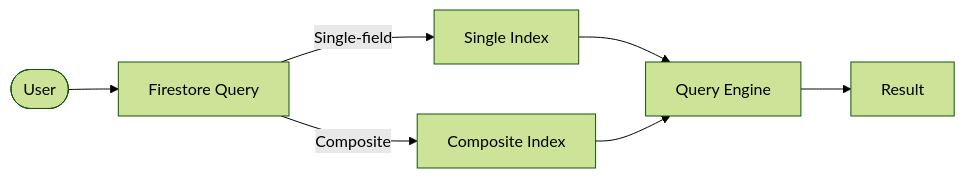
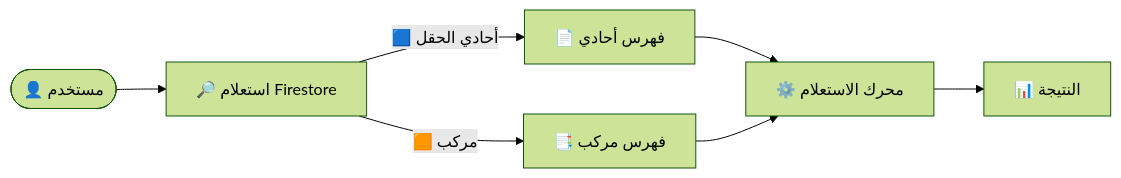
One commit to Ash69g/Documentation-Study changed the diagram in docs/09-indexes-and-queries/09-indexes-and-queries.md. Above: the diagram before and after it, drawn with Mermaid (forest theme). The commit also changed other lines of this file and 15 other files, not shown here.

````diff
--- a/docs/09-indexes-and-queries/09-indexes-and-queries.md
+++ b/docs/09-indexes-and-queries/09-indexes-and-queries.md
@@ -23,8 +44,8 @@
 ```mermaid
 flowchart LR
-  User([User]) --> Query[Firestore Query]
-  Query -->|Single-field| SIDX[Single Index]
-  Query -->|Composite| CIDX[Composite Index]
-  SIDX & CIDX --> Engine[Query Engine]
-  Engine --> Result[Result]
+  User([👤 مستخدم]) --> Query[🔎 استعلام Firestore]
+  Query -->|🟦 أحادي الحقل| SIDX[📄 فهرس أحادي]
+  Query -->|🟧 مركب| CIDX[📑 فهرس مركب]
+  SIDX & CIDX --> Engine[⚙️ محرك الاستعلام]
+  Engine --> Result[📊 النتيجة]
 ```
````
